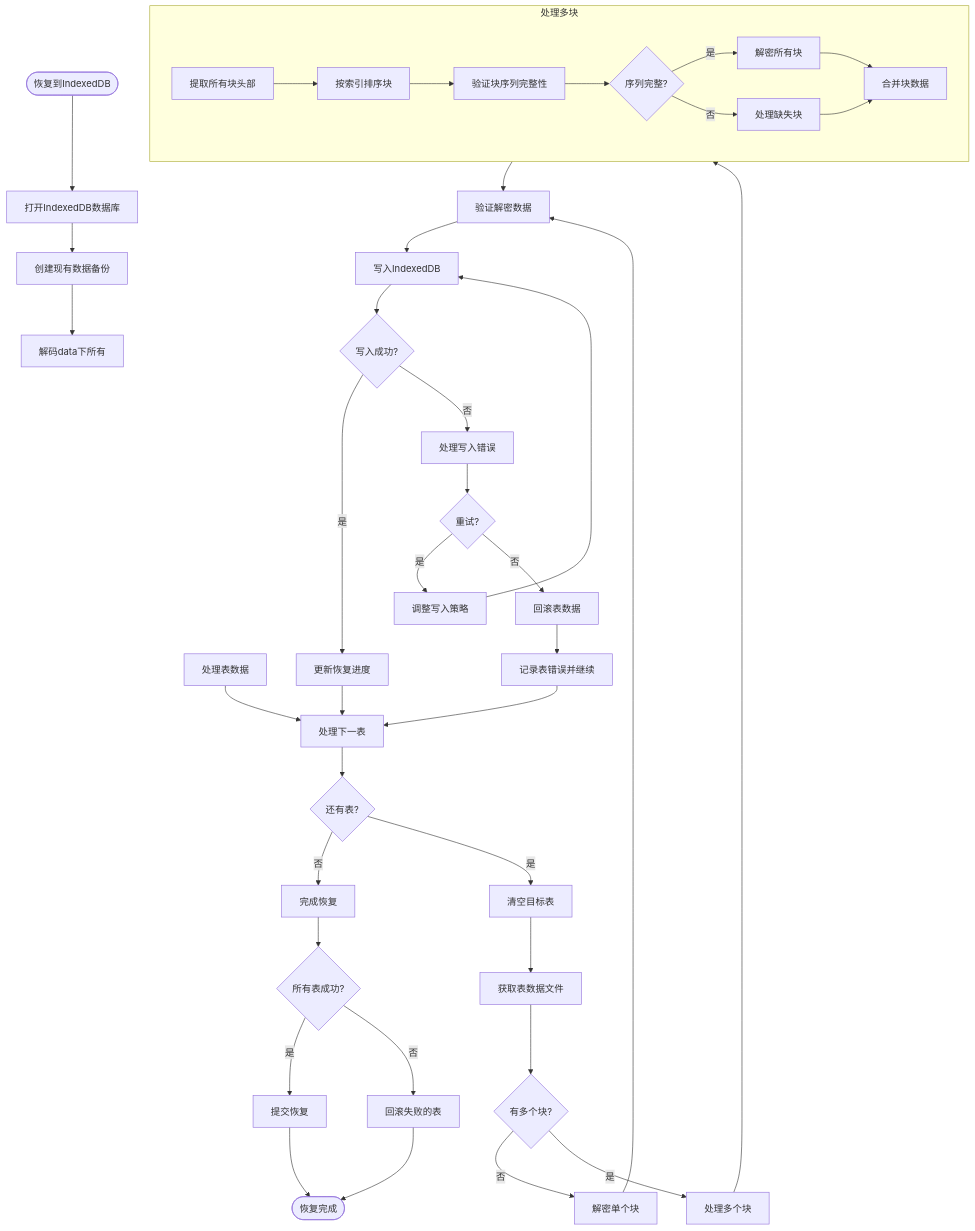
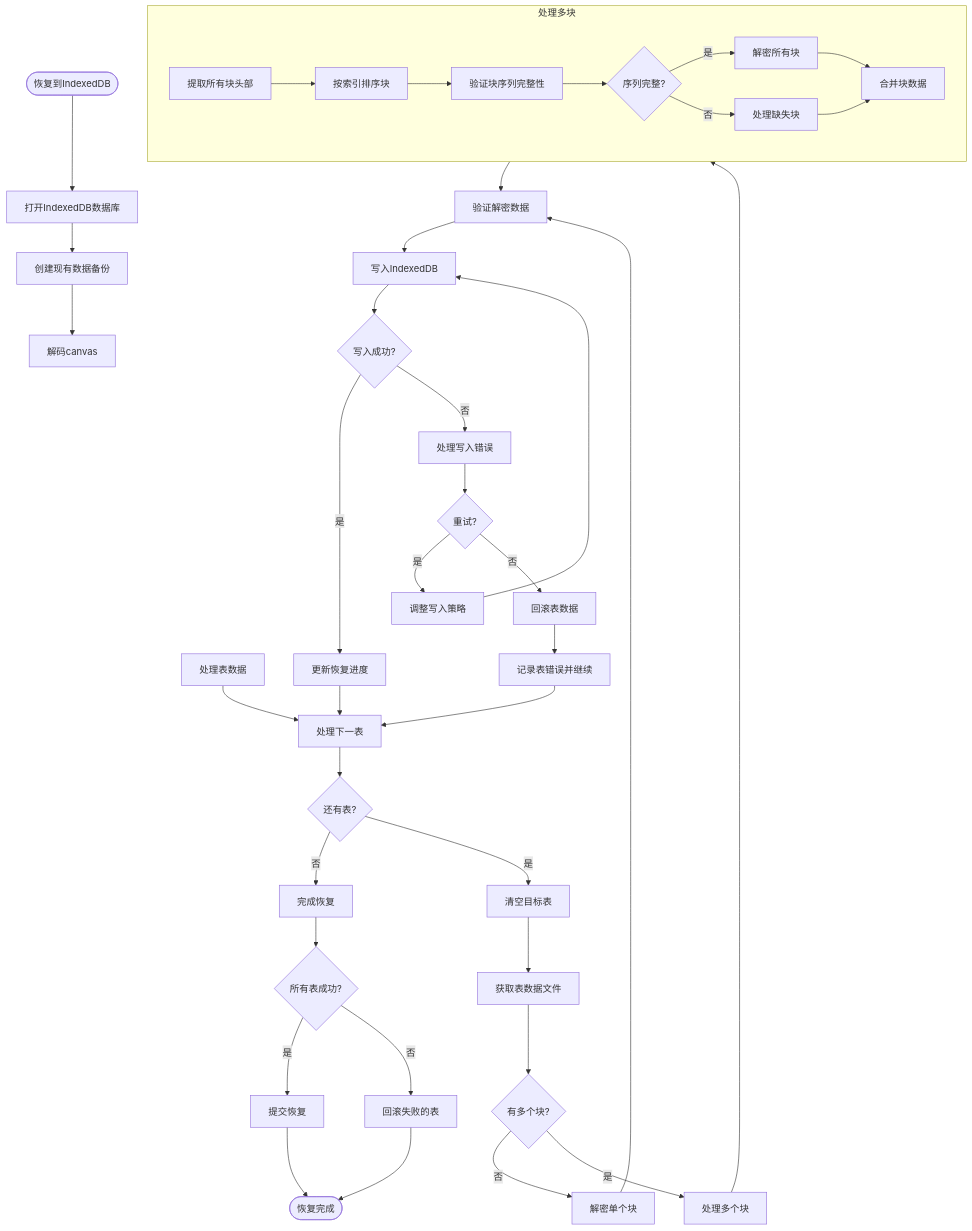
The diagram in all/未命名-52.md (yingjianzh/iodraw-files), drawn with Mermaid before and after one commit.

Commit message:
2025-05-09 18:28:45 update

````diff
--- a/all/未命名-52.md
+++ b/all/未命名-52.md
@@ -1,56 +1,56 @@
 ```mermaid
 flowchart TD
     Start([恢复到IndexedDB]) --> OpenDB[打开IndexedDB数据库]
     OpenDB --> CreateBackup[创建现有数据备份]
-    CreateBackup --> ProcessCanvas[解码data下所有]
+    CreateBackup --> ProcessCanvas[解码canvas]
     ProcessTables[处理表数据]
     
     ProcessTables --> ProcessNextTable[处理下一表]
     ProcessNextTable --> MoreTables{还有表?}
     MoreTables -->|否| FinalizeRestore[完成恢复]
     MoreTables -->|是| ClearTable[清空目标表]
     
     ClearTable --> GetTableData[获取表数据文件]
     GetTableData --> TableHasMultipleBlocks{有多个块?}
     
     TableHasMultipleBlocks -->|否| DecryptSingleBlock[解密单个块]
     TableHasMultipleBlocks -->|是| ProcessMultipleBlocks[处理多个块]
     
     subgraph MultiBlockProcess [处理多块]
         MB1[提取所有块头部] --> MB2[按索引排序块]
         MB2 --> MB3[验证块序列完整性]
         MB3 --> MB4{序列完整?}
         MB4 -->|否| MB5[处理缺失块]
         MB4 -->|是| MB6[解密所有块]
         MB6 --> MB7[合并块数据]
         MB5 --> MB7
     end
     
     ProcessMultipleBlocks --> MultiBlockProcess
     
     DecryptSingleBlock --> ValidateData[验证解密数据]
     MultiBlockProcess --> ValidateData
     
     ValidateData --> WriteToIndexedDB[写入IndexedDB]
     WriteToIndexedDB --> ValidationSuccess{写入成功?}
     
     ValidationSuccess -->|是| UpdateProgress[更新恢复进度]
     ValidationSuccess -->|否| HandleWriteError[处理写入错误]
     
     HandleWriteError --> RetryWrite{重试?}
     RetryWrite -->|是| AdjustWriteStrategy[调整写入策略]
     RetryWrite -->|否| RollbackTable[回滚表数据]
     
     AdjustWriteStrategy --> WriteToIndexedDB
     RollbackTable --> LogTableError[记录表错误并继续]
     
     UpdateProgress --> ProcessNextTable
     LogTableError --> ProcessNextTable
     
     FinalizeRestore --> AllTablesSuccess{所有表成功?}
     AllTablesSuccess -->|是| CommitRestore[提交恢复]
     AllTablesSuccess -->|否| RollbackFailed[回滚失败的表]
     
     CommitRestore --> End([恢复完成])
     RollbackFailed --> End
 ```
````
